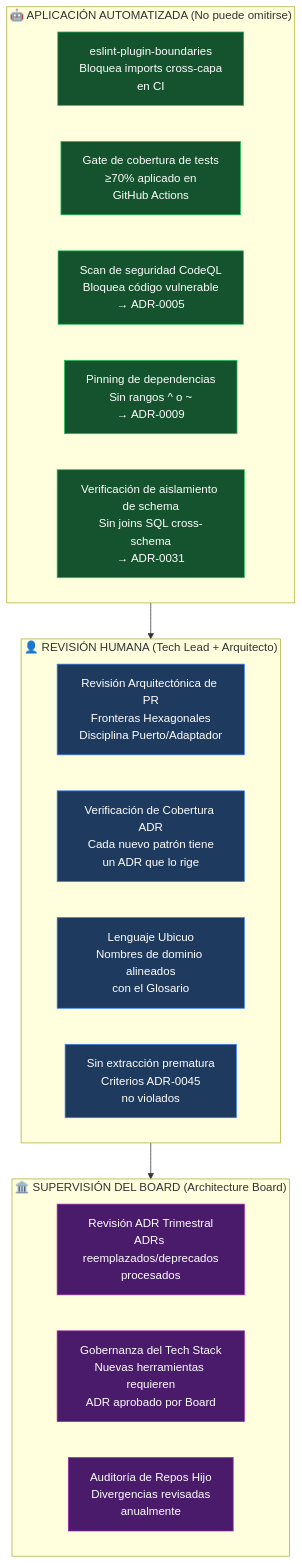
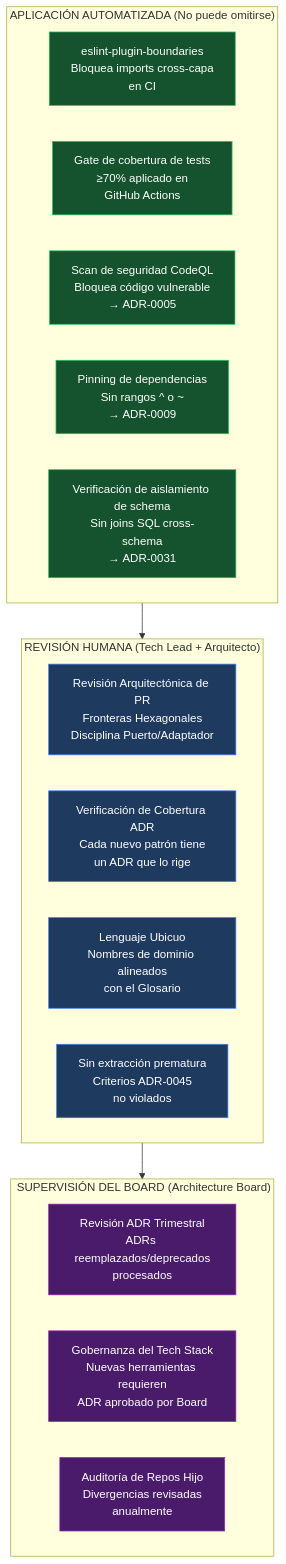
The fourth of 4 diagrams in reference/governance/standards/communication/visuals/v06-governance-flow.es.md (beyondnetcode/evolith_arch32), drawn with Mermaid before and after one commit. The commit also changed other lines of this file and 41 other files, not shown here.

````diff
--- a/reference/governance/standards/communication/visuals/v06-governance-flow.es.md
+++ b/reference/governance/standards/communication/visuals/v06-governance-flow.es.md
@@ -144,32 +144,32 @@
 ```mermaid
 flowchart TB
     classDef auto fill:#14532d,stroke:#22c55e,color:#fff
     classDef human fill:#1e3a5f,stroke:#3b82f6,color:#fff
     classDef policy fill:#4a1a6b,stroke:#9c27b0,color:#fff
 
-    subgraph AUTOMATED["🤖 APLICACIÓN AUTOMATIZADA (No puede omitirse)"]
+    subgraph AUTOMATED[" APLICACIÓN AUTOMATIZADA (No puede omitirse)"]
         direction LR
         AE1["eslint-plugin-boundaries\nBloquea imports cross-capa\nen CI"]:::auto
         AE2["Gate de cobertura de tests\n≥70% aplicado en\nGitHub Actions"]:::auto
         AE3["Scan de seguridad CodeQL\nBloquea código vulnerable\n→ ADR-0005"]:::auto
         AE4["Pinning de dependencias\nSin rangos ^ o ~\n→ ADR-0009"]:::auto
         AE5["Verificación de aislamiento de schema\nSin joins SQL cross-schema\n→ ADR-0031"]:::auto
     end
 
-    subgraph HUMAN["👤 REVISIÓN HUMANA (Tech Lead + Arquitecto)"]
+    subgraph HUMAN[" REVISIÓN HUMANA (Tech Lead + Arquitecto)"]
         direction LR
         HR1["Revisión Arquitectónica de PR\nFronteras Hexagonales\nDisciplina Puerto/Adaptador"]:::human
         HR2["Verificación de Cobertura ADR\nCada nuevo patrón tiene\nun ADR que lo rige"]:::human
         HR3["Lenguaje Ubicuo\nNombres de dominio alineados\ncon el Glosario"]:::human
         HR4["Sin extracción prematura\nCriterios ADR-0045\nno violados"]:::human
     end
 
-    subgraph BOARD["🏛️ SUPERVISIÓN DEL BOARD (Architecture Board)"]
+    subgraph BOARD["️ SUPERVISIÓN DEL BOARD (Architecture Board)"]
         direction LR
         BO1["Revisión ADR Trimestral\nADRs reemplazados/deprecados\nprocesados"]:::policy
         BO2["Gobernanza del Tech Stack\nNuevas herramientas requieren\nADR aprobado por Board"]:::policy
         BO3["Auditoría de Repos Hijo\nDivergencias revisadas\nanualmente"]:::policy
     end
 
     AUTOMATED --> HUMAN --> BOARD
 ```
````
